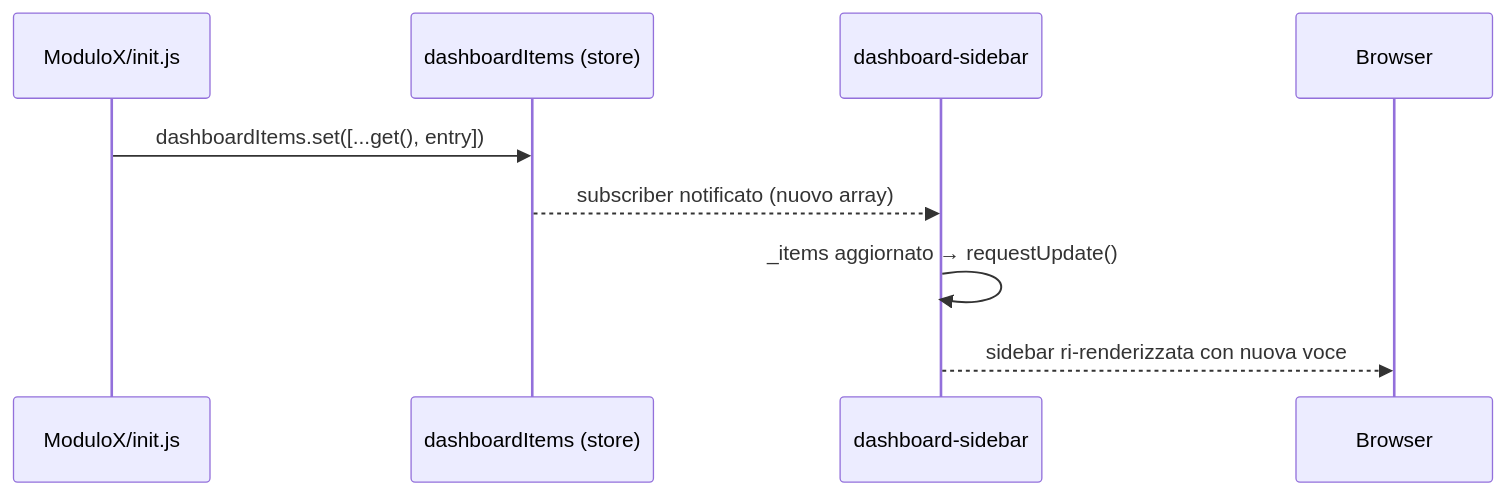
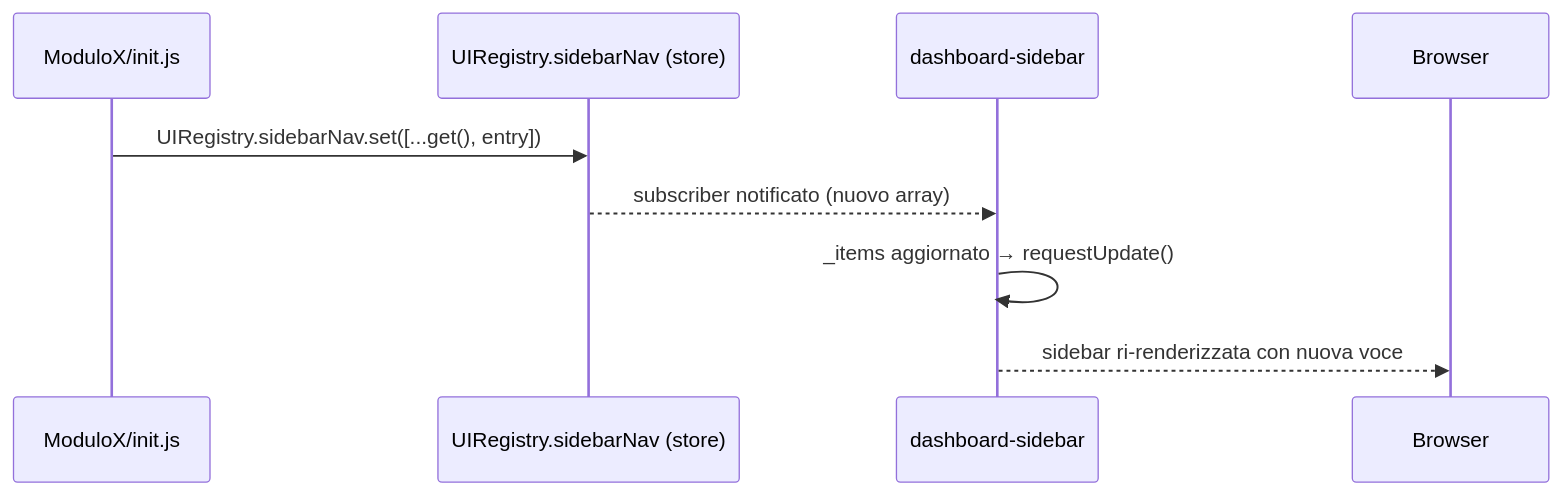
Before and after one commit to riccardovacirca/jms: the first of 2 diagrams in module/dashboard/docs/core/wf_002_registrazione_voce_sidebar.md, drawn with Mermaid. The commit also changed other lines of this file and 17 other files, not shown here.

````diff
--- a/module/dashboard/docs/core/wf_002_registrazione_voce_sidebar.md
+++ b/module/dashboard/docs/core/wf_002_registrazione_voce_sidebar.md
@@ -75,11 +75,11 @@
 ```mermaid
 sequenceDiagram
     participant Init as ModuloX/init.js
-    participant Store as dashboardItems (store)
+    participant Store as UIRegistry.sidebarNav (store)
     participant Sidebar as dashboard-sidebar
 
-    Init->>Store: dashboardItems.set([...get(), entry])
+    Init->>Store: UIRegistry.sidebarNav.set([...get(), entry])
     Store-->>Sidebar: subscriber notificato (nuovo array)
     Sidebar->>Sidebar: _items aggiornato → requestUpdate()
     Sidebar-->>Browser: sidebar ri-renderizzata con nuova voce
 ```
````
